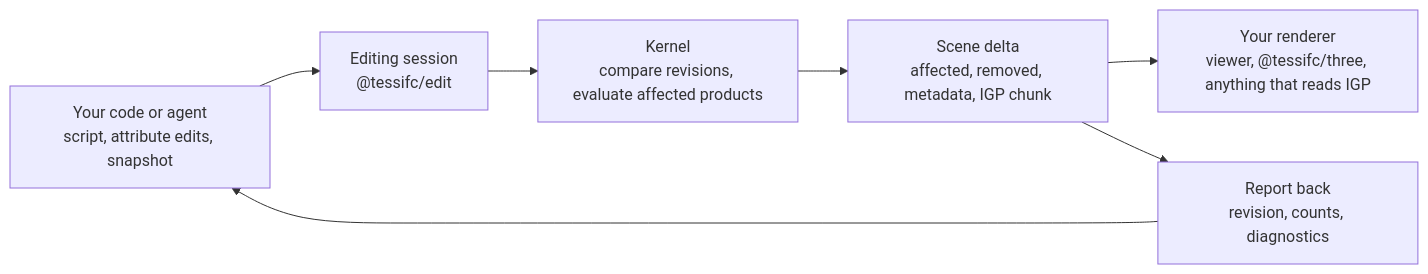
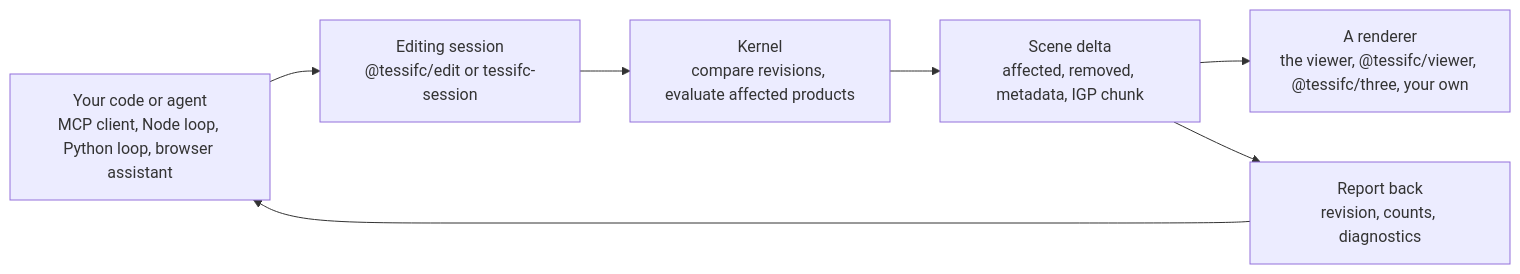
The diagram in docs/agents.md (nbharathik/tessifc), drawn with Mermaid before and after one commit. The commit also changed other lines of this file and 98 other files, not shown here.

````diff
--- a/docs/agents.md
+++ b/docs/agents.md
@@ -11,9 +12,9 @@
 ```mermaid
 flowchart LR
-    A["Your code or agent<br/>script, attribute edits, snapshot"] --> S["Editing session<br/>@tessifc/edit"]
+    A["Your code or agent<br/>MCP client, Node loop, Python loop, browser assistant"] --> S["Editing session<br/>@tessifc/edit or tessifc-session"]
     S --> K["Kernel<br/>compare revisions, evaluate affected products"]
     K --> D["Scene delta<br/>affected, removed, metadata, IGP chunk"]
-    D --> R["Your renderer<br/>viewer, @tessifc/three, anything that reads IGP"]
+    D --> R["A renderer<br/>the viewer, @tessifc/viewer, @tessifc/three, your own"]
     D --> T["Report back<br/>revision, counts, diagnostics"]
     T --> A
 ```
````
